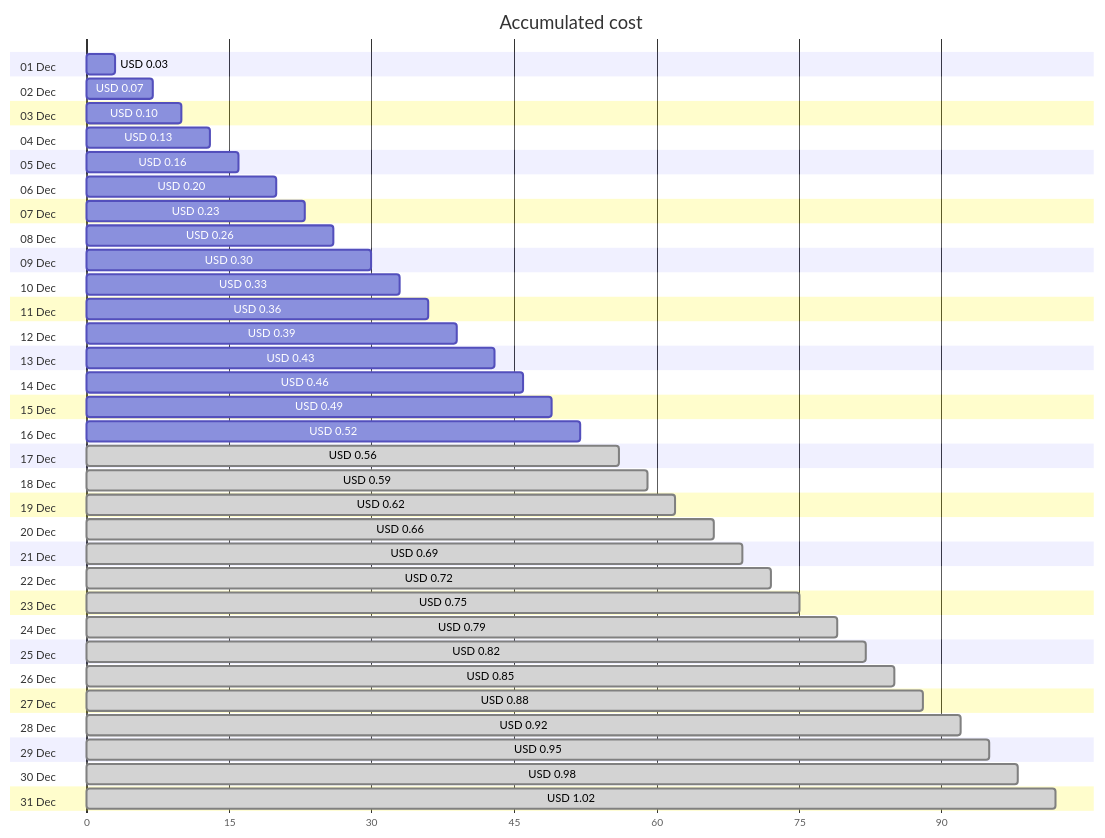
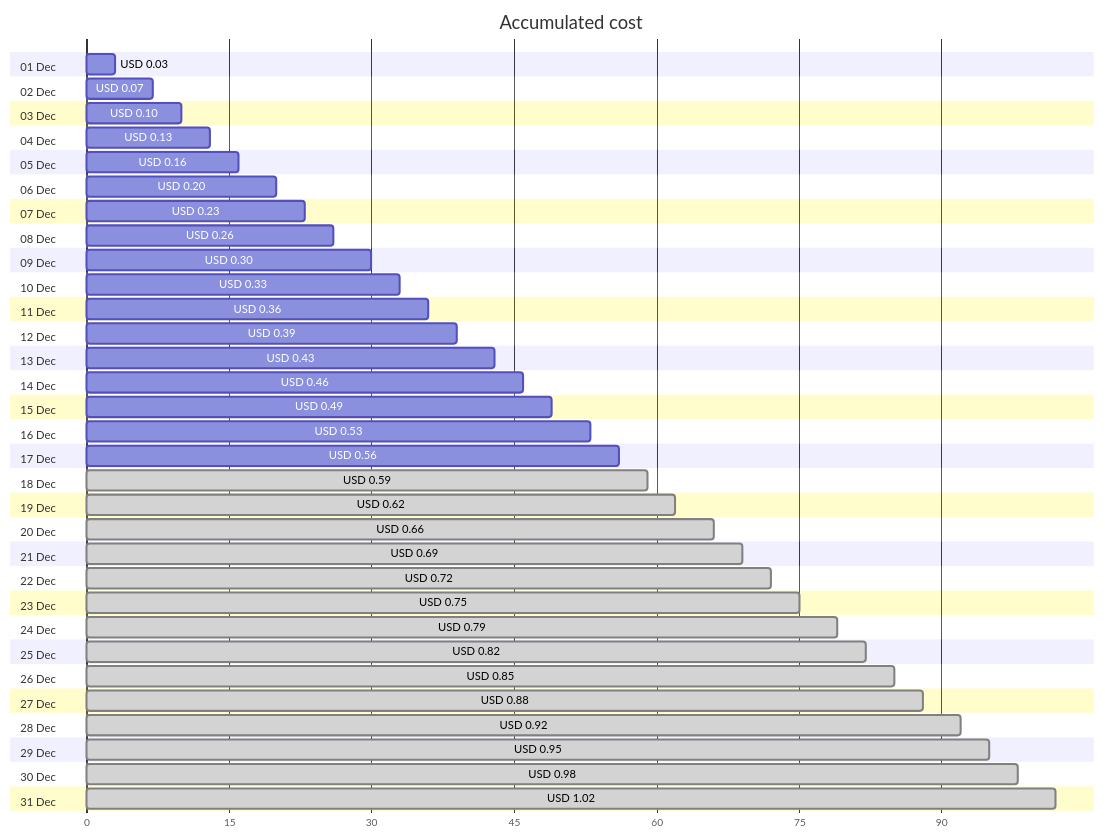
Before and after one commit to jpfulton/azure-personal-reports: the first of 4 diagrams in cost-reports/personal-dns/README.md, drawn with Mermaid. The commit also changed other lines of this file and 2 other files, not shown here.

````diff
--- a/cost-reports/personal-dns/README.md
+++ b/cost-reports/personal-dns/README.md
@@ -20,68 +20,68 @@
 ```mermaid
 gantt
    title Accumulated cost
    dateFormat  X
    axisFormat %s
    section 01 Dec
    USD 0.03 :0, 3
    section 02 Dec
    USD 0.07 :0, 7
    section 03 Dec
    USD 0.10 :0, 10
    section 04 Dec
    USD 0.13 :0, 13
    section 05 Dec
    USD 0.16 :0, 16
    section 06 Dec
    USD 0.20 :0, 20
    section 07 Dec
    USD 0.23 :0, 23
    section 08 Dec
    USD 0.26 :0, 26
    section 09 Dec
    USD 0.30 :0, 30
    section 10 Dec
    USD 0.33 :0, 33
    section 11 Dec
    USD 0.36 :0, 36
    section 12 Dec
    USD 0.39 :0, 39
    section 13 Dec
    USD 0.43 :0, 43
    section 14 Dec
    USD 0.46 :0, 46
    section 15 Dec
    USD 0.49 :0, 49
    section 16 Dec
-   USD 0.52 :0, 52
+   USD 0.53 :0, 53
    section 17 Dec
-   USD 0.56 : done, 0, 56
+   USD 0.56 :0, 56
    section 18 Dec
    USD 0.59 : done, 0, 59
    section 19 Dec
    USD 0.62 : done, 0, 62
    section 20 Dec
    USD 0.66 : done, 0, 66
    section 21 Dec
    USD 0.69 : done, 0, 69
    section 22 Dec
    USD 0.72 : done, 0, 72
    section 23 Dec
    USD 0.75 : done, 0, 75
    section 24 Dec
    USD 0.79 : done, 0, 79
    section 25 Dec
    USD 0.82 : done, 0, 82
    section 26 Dec
    USD 0.85 : done, 0, 85
    section 27 Dec
    USD 0.88 : done, 0, 88
    section 28 Dec
    USD 0.92 : done, 0, 92
    section 29 Dec
    USD 0.95 : done, 0, 95
    section 30 Dec
    USD 0.98 : done, 0, 98
    section 31 Dec
    USD 1.02 : done, 0, 102
 ```
````
